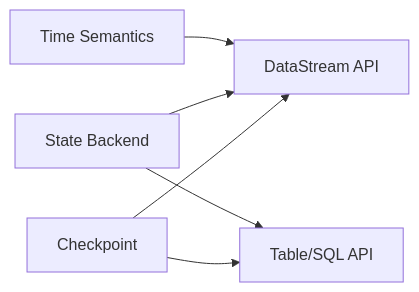
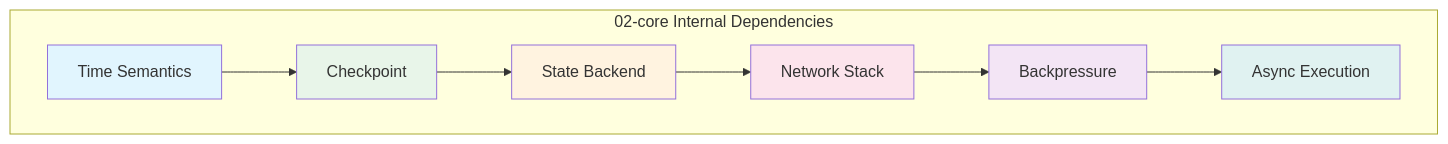
The second of 4 diagrams in i18n/en/Flink/00-FLINK-TECH-STACK-DEPENDENCY.md (AdaMartin18010/AnalysisDataFlow), drawn with Mermaid before and after one commit. The commit also changed other lines of this file and 96 other files, not shown here.

````diff
--- a/i18n/en/Flink/00-FLINK-TECH-STACK-DEPENDENCY.md
+++ b/i18n/en/Flink/00-FLINK-TECH-STACK-DEPENDENCY.md
@@ -142,8 +514,17 @@
 ```mermaid
-graph LR
-    C1[Checkpoint] --> A1[DataStream API]
-    C2[State Backend] --> A1
-    C3[Time Semantics] --> A1
-    C1 --> A2[Table/SQL API]
-    C2 --> A2
+graph TB
+    subgraph CoreInternal["02-core Internal Dependencies"]
+        T[Time Semantics] --> C[Checkpoint]
+        C --> S[State Backend]
+        S --> N[Network Stack]
+        N --> B[Backpressure]
+        B --> A[Async Execution]
+    end
+
+    style T fill:#e1f5fe
+    style C fill:#e8f5e9
+    style S fill:#fff3e0
+    style N fill:#fce4ec
+    style B fill:#f3e5f5
+    style A fill:#e0f2f1
 ```
````
